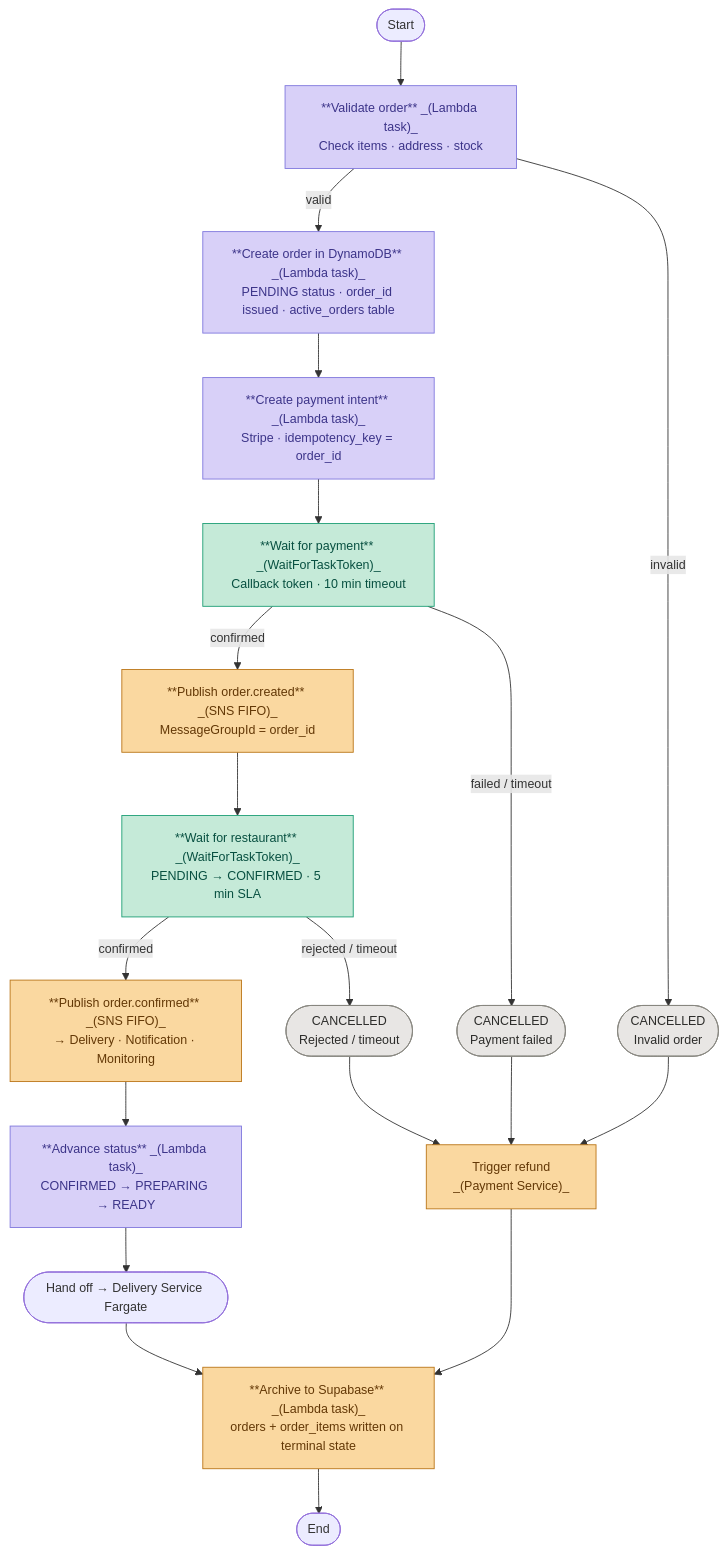
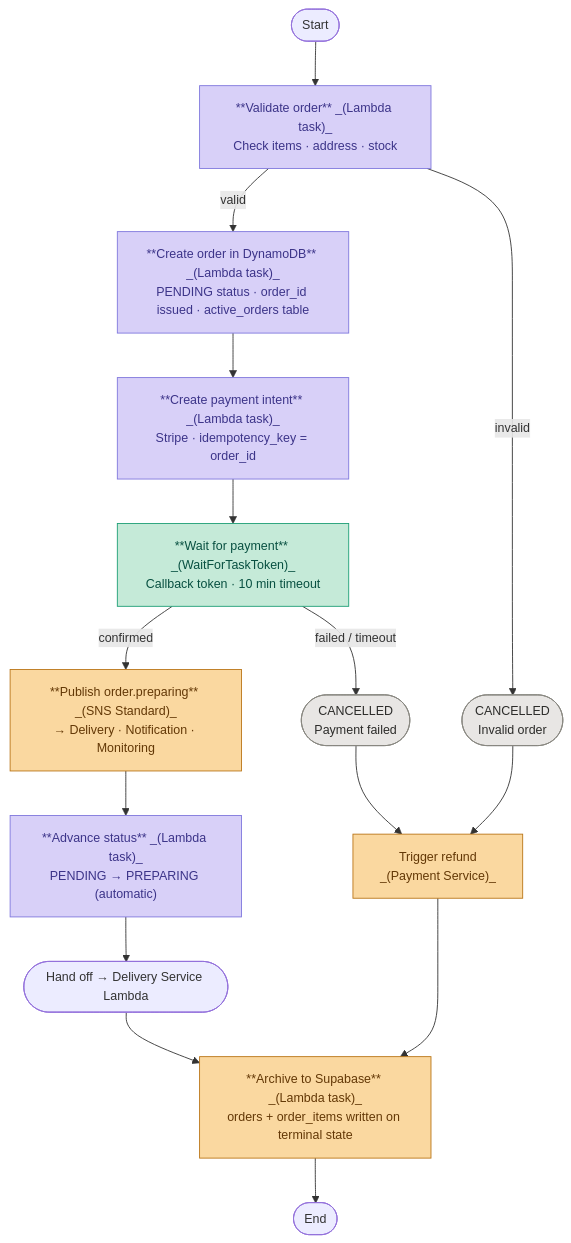
Before and after one commit to food-delivery-platform/docs: the ninth of 10 diagrams in ARCHITECTURE.md, drawn with Mermaid. The commit also changed other lines of this file and 1 other file, not shown here.

Commit message:
simplified project structure - and delivery service

````diff
--- a/ARCHITECTURE.md
+++ b/ARCHITECTURE.md
@@ -1039,62 +1023,51 @@
 ```mermaid
 ---
 config:
   theme: default
   themeVariables:
     fontSize: "14px"
 ---
 flowchart TD
     START([Start]) --> VAL
 
     VAL["**Validate order** _(Lambda task)_\nCheck items · address · stock"]
     VAL -->|valid| CRE
     VAL -->|invalid| CX1
 
     CRE["**Create order in DynamoDB** _(Lambda task)_\nPENDING status · order_id issued · active_orders table"]
     CRE --> PAY
 
     PAY["**Create payment intent** _(Lambda task)_\nStripe · idempotency_key = order_id"]
     PAY --> WPAY
 
     WPAY["**Wait for payment** _(WaitForTaskToken)_\nCallback token · 10 min timeout"]
     WPAY -->|confirmed| PUB1
     WPAY -->|failed / timeout| CX2
 
-    PUB1["**Publish order.created** _(SNS FIFO)_\nMessageGroupId = order_id"]
-    PUB1 --> WREST
+    PUB1["**Publish order.preparing** _(SNS Standard)_\n→ Delivery · Notification · Monitoring"]
+    PUB1 --> ADV
 
-    WREST["**Wait for restaurant** _(WaitForTaskToken)_\nPENDING → CONFIRMED · 5 min SLA"]
-    WREST -->|confirmed| PUB2
-    WREST -->|rejected / timeout| CX3
-
-    PUB2["**Publish order.confirmed** _(SNS FIFO)_\n→ Delivery · Notification · Monitoring"]
-    PUB2 --> ADV
-
-    ADV["**Advance status** _(Lambda task)_\nCONFIRMED → PREPARING → READY"]
+    ADV["**Advance status** _(Lambda task)_\nPENDING → PREPARING (automatic)"]
     ADV --> END
 
-    END([Hand off → Delivery Service Fargate])
+    END([Hand off → Delivery Service Lambda])
     END --> ARCH
 
     CX1(["CANCELLED\nInvalid order"])
     CX2(["CANCELLED\nPayment failed"])
-    CX3(["CANCELLED\nRejected / timeout"])
 
-    CX1 & CX2 & CX3 --> REF["Trigger refund\n_(Payment Service)_"]
+    CX1 & CX2 --> REF["Trigger refund\n_(Payment Service)_"]
     REF --> ARCH["**Archive to Supabase** _(Lambda task)_\norders + order_items written on terminal state"]
     ARCH --> TERM([End])
 
     style VAL    fill:#D8D0F8,stroke:#7F77DD,color:#3C3489
     style CRE    fill:#D8D0F8,stroke:#7F77DD,color:#3C3489
     style PAY    fill:#D8D0F8,stroke:#7F77DD,color:#3C3489
     style ADV    fill:#D8D0F8,stroke:#7F77DD,color:#3C3489
     style WPAY   fill:#C5EAD8,stroke:#1D9E75,color:#085041
-    style WREST  fill:#C5EAD8,stroke:#1D9E75,color:#085041
     style PUB1   fill:#FAD8A0,stroke:#BA7517,color:#633806
-    style PUB2   fill:#FAD8A0,stroke:#BA7517,color:#633806
     style REF    fill:#FAD8A0,stroke:#BA7517,color:#633806
     style ARCH   fill:#FAD8A0,stroke:#BA7517,color:#633806
     style CX1    fill:#E8E6E4,stroke:#888780,color:#2C2C2A
     style CX2    fill:#E8E6E4,stroke:#888780,color:#2C2C2A
-    style CX3    fill:#E8E6E4,stroke:#888780,color:#2C2C2A
 ```
````
